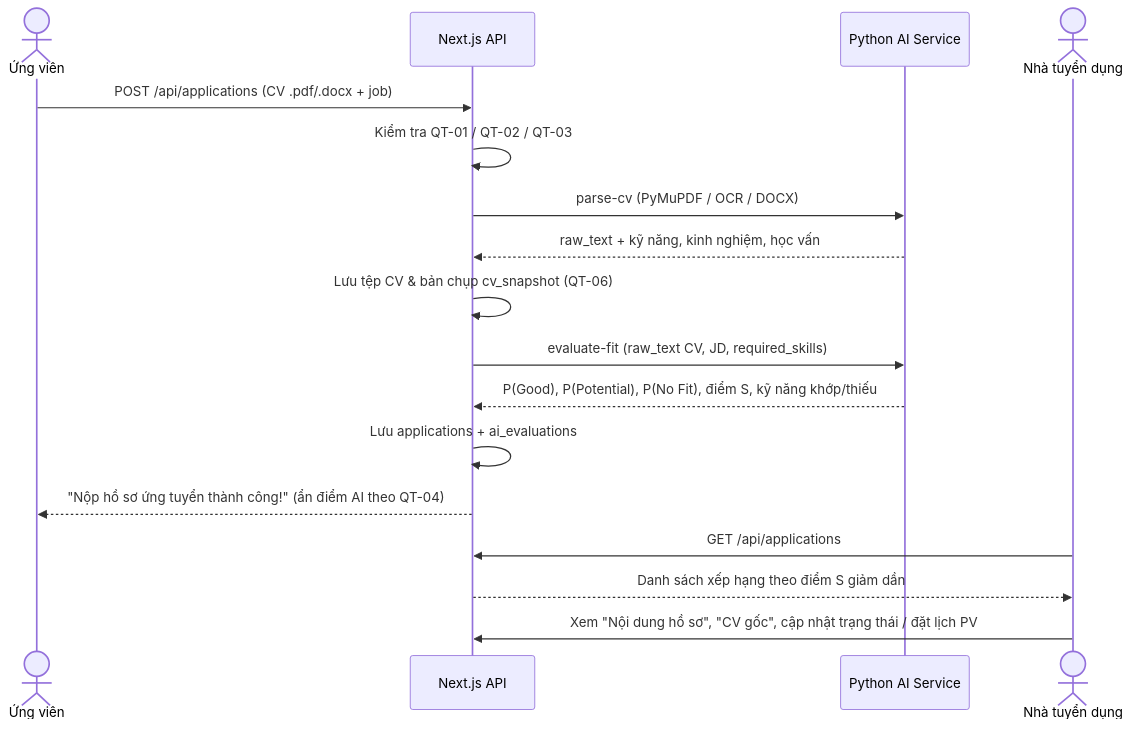
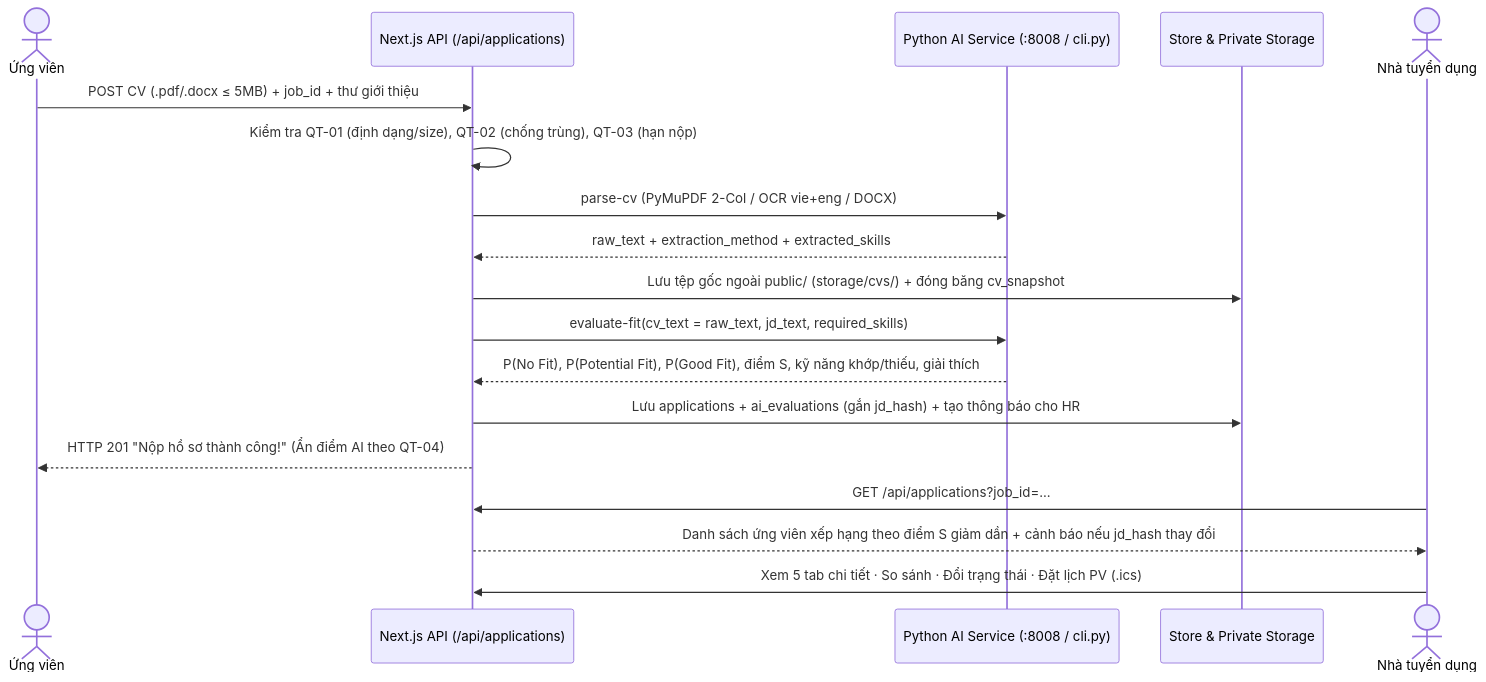
Before and after one commit to phamkhoa18/dungviec-platform: the second of 3 diagrams in README.md, drawn with Mermaid. The commit also changed other lines of this file, not shown here.

Commit message:
docs(readme): viết lại README đầy đủ chi tiết chuẩn tiểu luận tốt nghiệp

````diff
--- a/README.md
+++ b/README.md
@@ -128,20 +156,21 @@
 ```mermaid
 sequenceDiagram
     actor UV as Ứng viên
-    participant W as Next.js API
-    participant AI as Python AI Service
+    participant W as Next.js API (/api/applications)
+    participant AI as Python AI Service (:8008 / cli.py)
+    participant DB as Store & Private Storage
     actor HR as Nhà tuyển dụng
 
-    UV->>W: POST /api/applications (CV .pdf/.docx + job)
-    W->>W: Kiểm tra QT-01 / QT-02 / QT-03
-    W->>AI: parse-cv (PyMuPDF / OCR / DOCX)
-    AI-->>W: raw_text + kỹ năng, kinh nghiệm, học vấn
-    W->>W: Lưu tệp CV & bản chụp cv_snapshot (QT-06)
-    W->>AI: evaluate-fit (raw_text CV, JD, required_skills)
-    AI-->>W: P(Good), P(Potential), P(No Fit), điểm S, kỹ năng khớp/thiếu
-    W->>W: Lưu applications + ai_evaluations
-    W-->>UV: "Nộp hồ sơ ứng tuyển thành công!" (ẩn điểm AI theo QT-04)
-    HR->>W: GET /api/applications
-    W-->>HR: Danh sách xếp hạng theo điểm S giảm dần
-    HR->>W: Xem "Nội dung hồ sơ", "CV gốc", cập nhật trạng thái / đặt lịch PV
+    UV->>W: POST CV (.pdf/.docx ≤ 5MB) + job_id + thư giới thiệu
+    W->>W: Kiểm tra QT-01 (định dạng/size), QT-02 (chống trùng), QT-03 (hạn nộp)
+    W->>AI: parse-cv (PyMuPDF 2-Col / OCR vie+eng / DOCX)
+    AI-->>W: raw_text + extraction_method + extracted_skills
+    W->>DB: Lưu tệp gốc ngoài public/ (storage/cvs/) + đóng băng cv_snapshot
+    W->>AI: evaluate-fit(cv_text = raw_text, jd_text, required_skills)
+    AI-->>W: P(No Fit), P(Potential Fit), P(Good Fit), điểm S, kỹ năng khớp/thiếu, giải thích
+    W->>DB: Lưu applications + ai_evaluations (gắn jd_hash) + tạo thông báo cho HR
+    W-->>UV: HTTP 201 "Nộp hồ sơ thành công!" (Ẩn điểm AI theo QT-04)
+    HR->>W: GET /api/applications?job_id=...
+    W-->>HR: Danh sách ứng viên xếp hạng theo điểm S giảm dần + cảnh báo nếu jd_hash thay đổi
+    HR->>W: Xem 5 tab chi tiết · So sánh · Đổi trạng thái · Đặt lịch PV (.ics)
 ```
````
